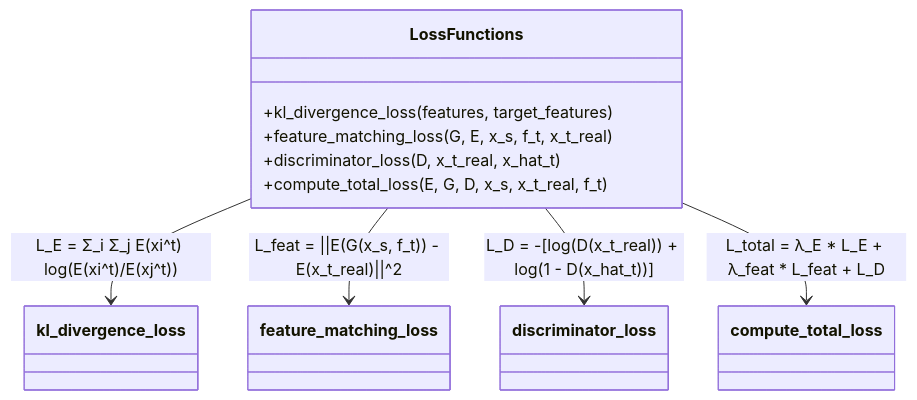
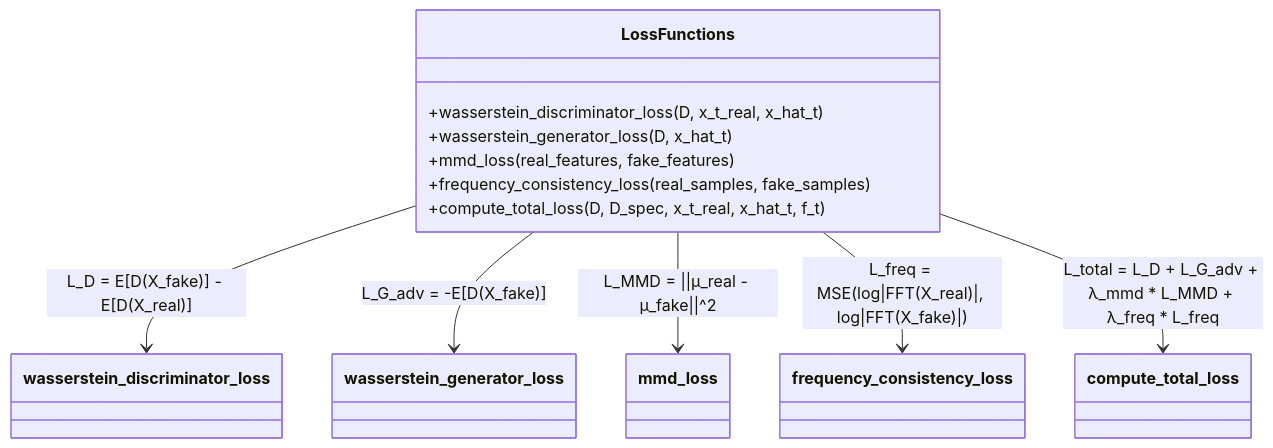
One commit to Opao-heng/CSI changed the eighth of 8 diagrams in .qoder/repowiki/zh/content/生成对抗网络（GAN）模型/生成对抗网络（GAN）模型.md. Above: the diagram before and after it, drawn with Mermaid. The commit also changed other lines of this file and 35 other files, not shown here.

````diff
--- a/.qoder/repowiki/zh/content/生成对抗网络（GAN）模型/生成对抗网络（GAN）模型.md
+++ b/.qoder/repowiki/zh/content/生成对抗网络（GAN）模型/生成对抗网络（GAN）模型.md
@@ -174,13 +248,15 @@
 ```mermaid
 classDiagram
 class LossFunctions {
-+kl_divergence_loss(features, target_features)
-+feature_matching_loss(G, E, x_s, f_t, x_t_real)
-+discriminator_loss(D, x_t_real, x_hat_t)
-+compute_total_loss(E, G, D, x_s, x_t_real, f_t)
++wasserstein_discriminator_loss(D, x_t_real, x_hat_t)
++wasserstein_generator_loss(D, x_hat_t)
++mmd_loss(real_features, fake_features)
++frequency_consistency_loss(real_samples, fake_samples)
++compute_total_loss(D, D_spec, x_t_real, x_hat_t, f_t)
 }
-LossFunctions --> kl_divergence_loss : L_E = Σ_i Σ_j E(xi^t) log(E(xi^t)/E(xj^t))
-LossFunctions --> feature_matching_loss : L_feat = ||E(G(x_s, f_t)) - E(x_t_real)||^2
-LossFunctions --> discriminator_loss : L_D = -[log(D(x_t_real)) + log(1 - D(x_hat_t))]
-LossFunctions --> compute_total_loss : L_total = λ_E * L_E + λ_feat * L_feat + L_D
+LossFunctions --> wasserstein_discriminator_loss : L_D = E[D(X_fake)] - E[D(X_real)]
+LossFunctions --> wasserstein_generator_loss : L_G_adv = -E[D(X_fake)]
+LossFunctions --> mmd_loss : L_MMD = ||μ_real - μ_fake||^2
+LossFunctions --> frequency_consistency_loss : L_freq = MSE(log|FFT(X_real)|, log|FFT(X_fake)|)
+LossFunctions --> compute_total_loss : L_total = L_D + L_G_adv + λ_mmd * L_MMD + λ_freq * L_freq
 ```
````
